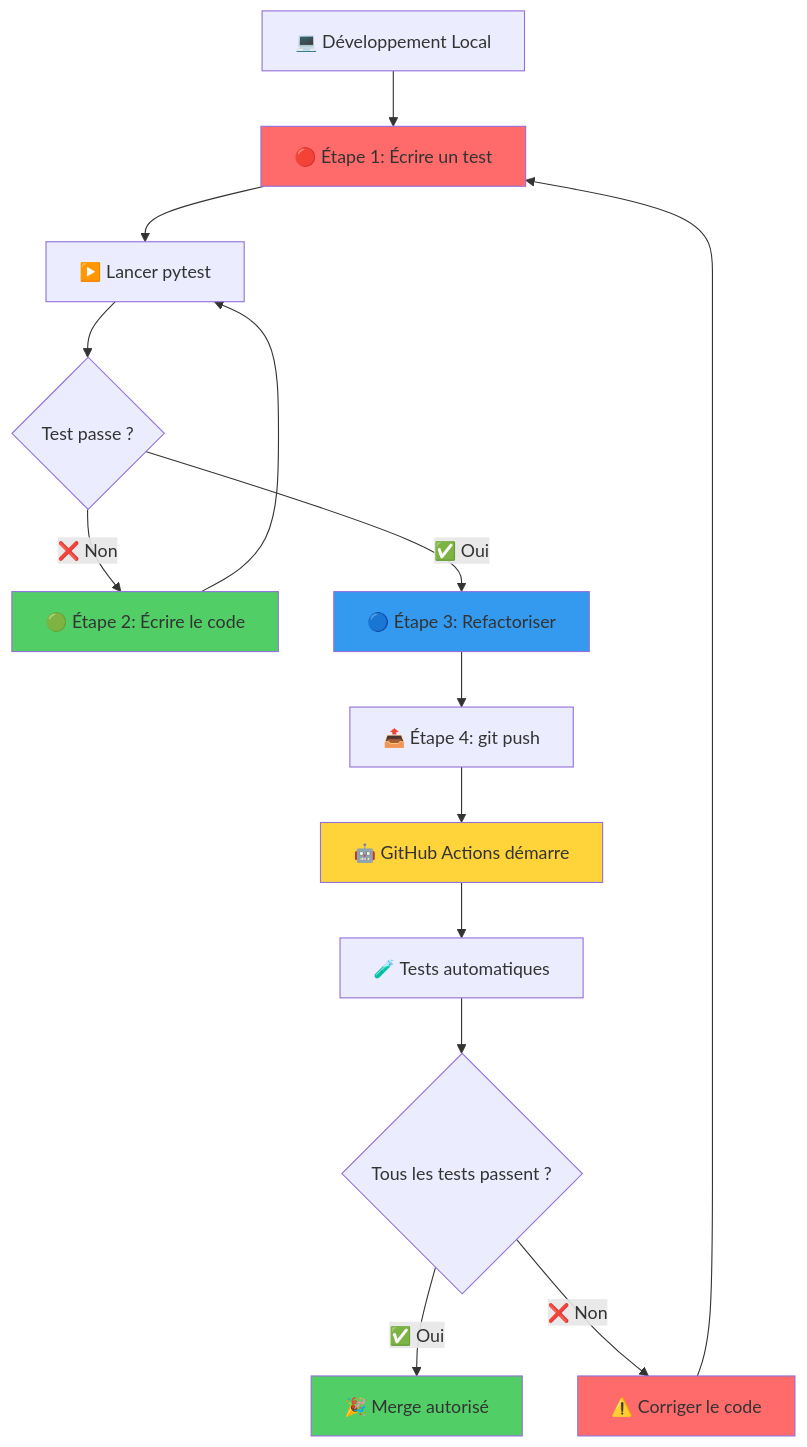
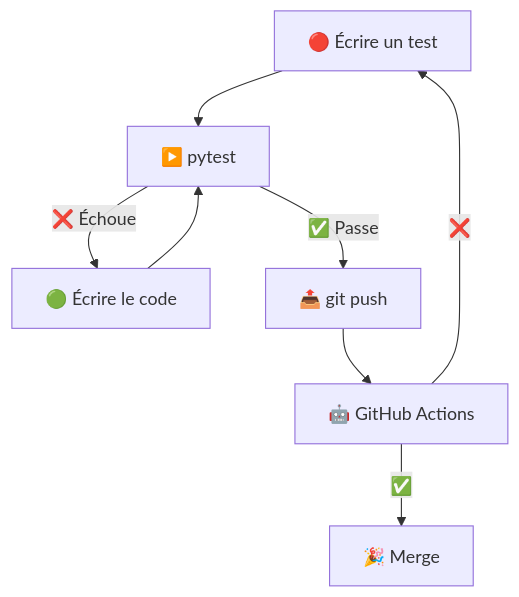
The diagram in README.md (umons-ig/edl-solution), drawn with Mermaid before and after one commit.

Commit message:
docs: simplify Mermaid diagram to minimal flow
- Remove numbered steps and extra nodes
- Keep only essential steps: test → code → push → CI
- Clear pass/fail arrows with ✅ and ❌
- Much easier for students to understand at a glance

````diff
--- a/README.md
+++ b/README.md
@@ -173,23 +173,10 @@
 ```mermaid
 graph TD
-    A[💻 Développement Local] --> B[🔴 Étape 1: Écrire un test]
-    B --> C[▶️ Lancer pytest]
-    C --> D{Test passe ?}
-    D -->|❌ Non| E[🟢 Étape 2: Écrire le code]
-    E --> C
-    D -->|✅ Oui| F[🔵 Étape 3: Refactoriser]
-    F --> G[📤 Étape 4: git push]
-    G --> H[🤖 GitHub Actions démarre]
-    H --> I[🧪 Tests automatiques]
-    I --> J{Tous les tests passent ?}
-    J -->|✅ Oui| K[🎉 Merge autorisé]
-    J -->|❌ Non| L[⚠️ Corriger le code]
-    L --> B
-
-    style B fill:#ff6b6b
-    style E fill:#51cf66
-    style F fill:#339af0
-    style H fill:#ffd43b
-    style K fill:#51cf66
-    style L fill:#ff6b6b
+    A[🔴 Écrire un test] --> B[▶️ pytest]
+    B -->|❌ Échoue| C[🟢 Écrire le code]
+    C --> B
+    B -->|✅ Passe| D[📤 git push]
+    D --> E[🤖 GitHub Actions]
+    E -->|✅| F[🎉 Merge]
+    E -->|❌| A
 ```
````
